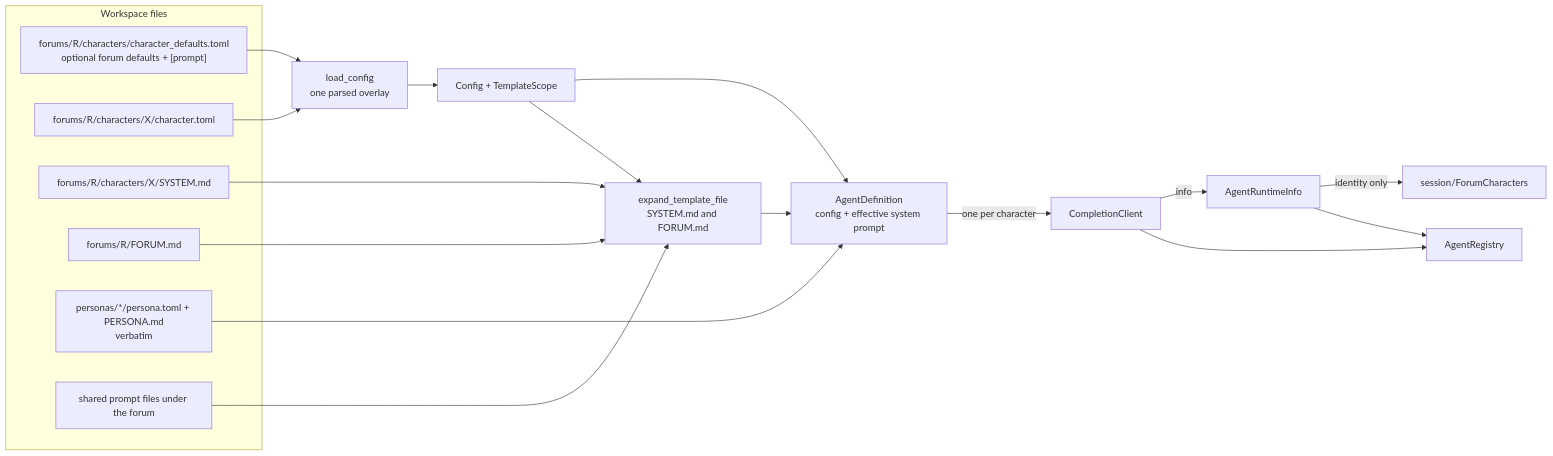
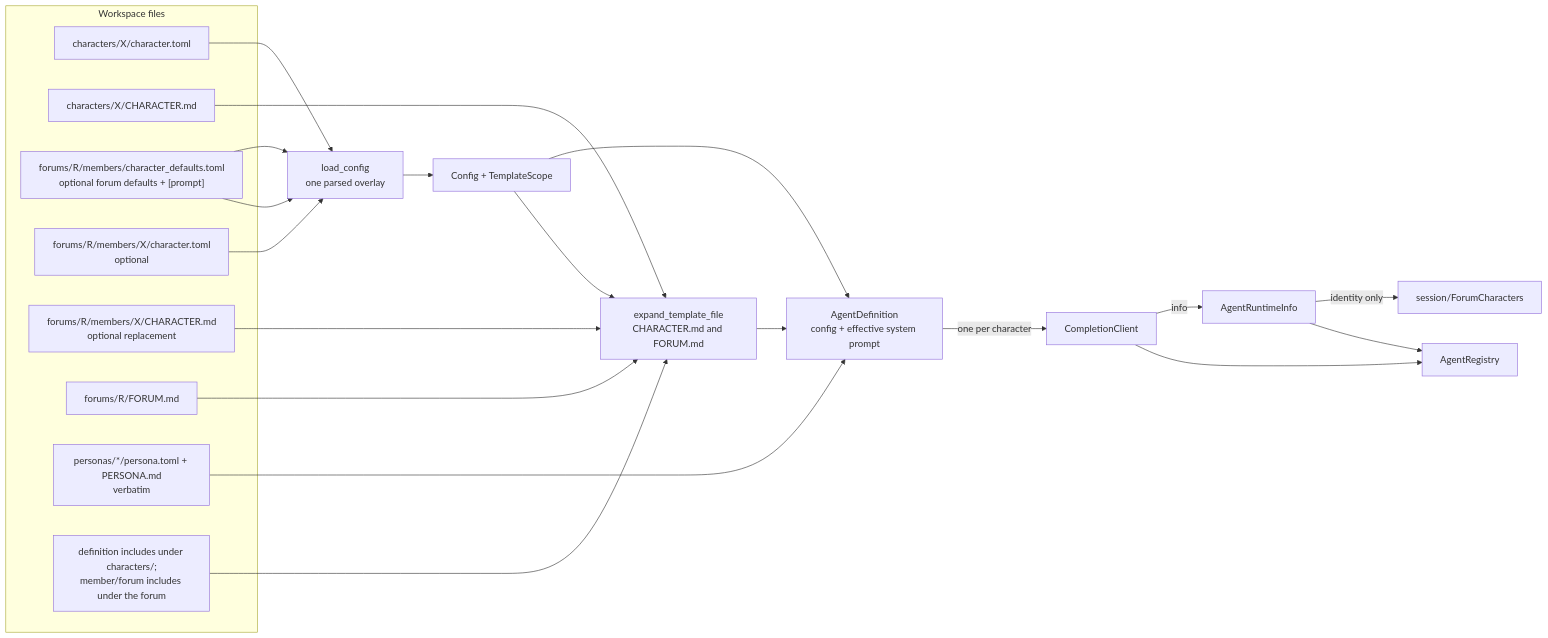
Before and after one commit to michaelpopov/cha: the first of 4 diagrams in src/agents/README.md, drawn with Mermaid. The commit also changed other lines of this file and 42 other files, not shown here.

````diff
--- a/src/agents/README.md
+++ b/src/agents/README.md
@@ -25,27 +25,32 @@
 ```mermaid
 flowchart LR
     subgraph disk["Workspace files"]
-        base["forums/R/characters/character_defaults.toml<br/>optional forum defaults + [prompt]"]
-        cfg["forums/R/characters/X/character.toml"]
-        sys["forums/R/characters/X/SYSTEM.md"]
+        definition_cfg["characters/X/character.toml"]
+        definition_prompt["characters/X/CHARACTER.md"]
+        base["forums/R/members/character_defaults.toml<br/>optional forum defaults + [prompt]"]
+        member_cfg["forums/R/members/X/character.toml<br/>optional"]
+        member_prompt["forums/R/members/X/CHARACTER.md<br/>optional replacement"]
         usr["forums/R/FORUM.md"]
         roster["personas/*/persona.toml + PERSONA.md<br/>verbatim"]
-        shared["shared prompt files under the forum"]
+        shared["definition includes under characters/;<br/>member/forum includes under the forum"]
     end
 
     base --> load["load_config<br/>one parsed overlay"]
-    cfg --> load
+    definition_cfg --> load
+    base --> load
+    member_cfg --> load
     load --> conf["Config + TemplateScope"]
-    conf --> expand["expand_template_file<br/>SYSTEM.md and FORUM.md"]
-    sys --> expand
+    conf --> expand["expand_template_file<br/>CHARACTER.md and FORUM.md"]
+    definition_prompt --> expand
+    member_prompt --> expand
     usr --> expand
     shared --> expand
     expand --> def["AgentDefinition<br/>config + effective system prompt"]
     conf --> def
     roster --> def
     def -->|"one per character"| client["CompletionClient"]
     client --> registry["AgentRegistry"]
     client -->|"info"| runtime["AgentRuntimeInfo"]
     runtime --> registry
     runtime -->|"identity only"| characters["session/ForumCharacters"]
 ```
````
